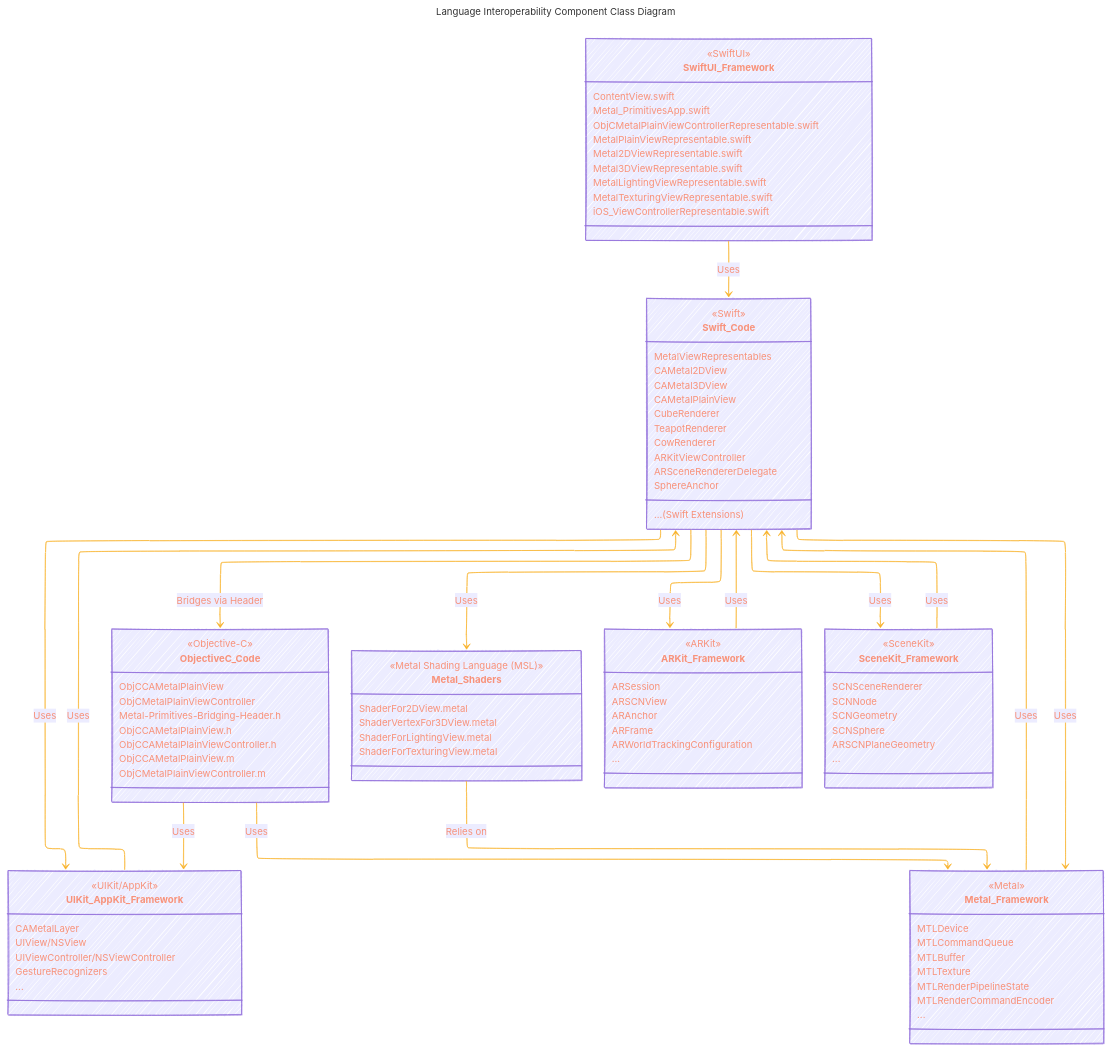
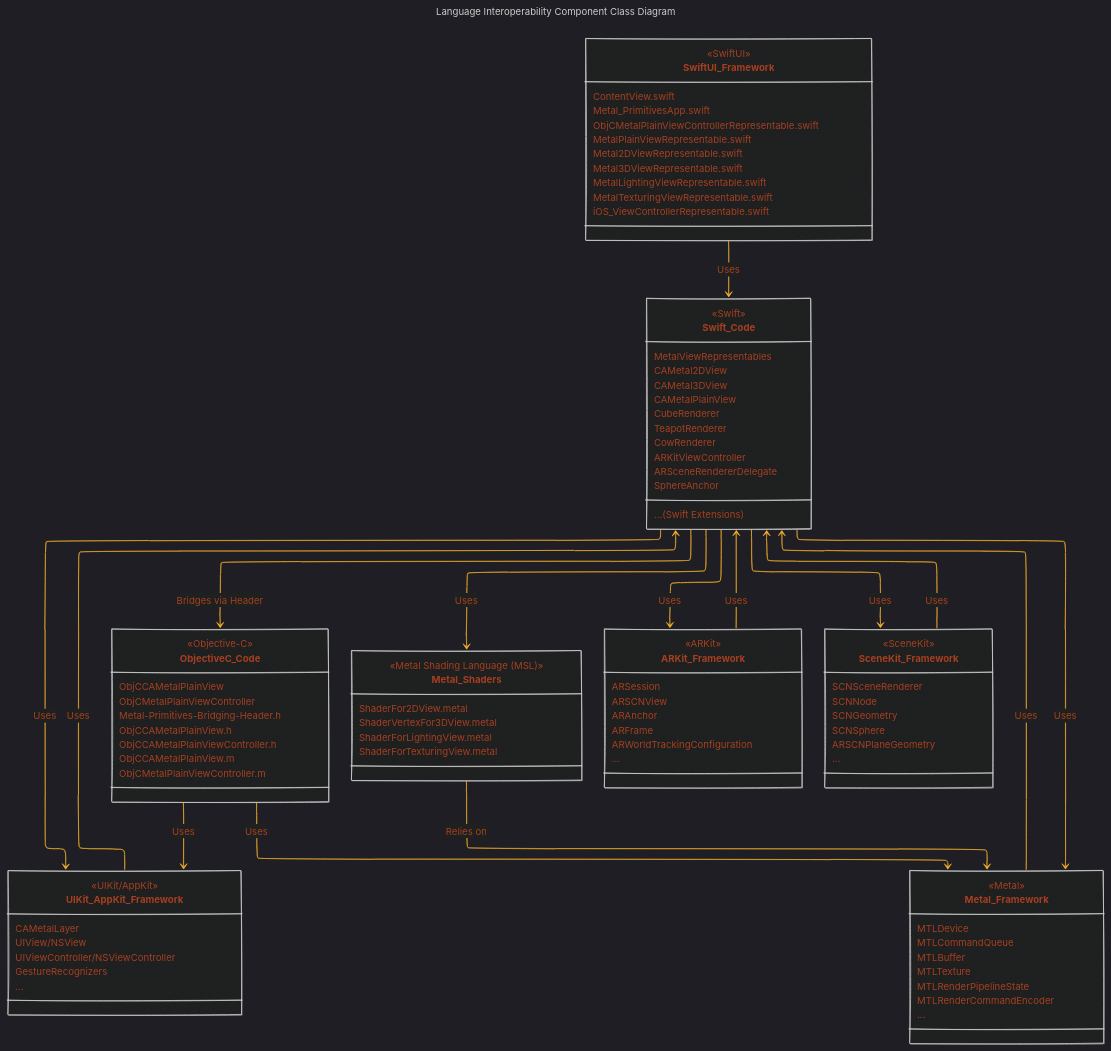
Before and after one commit to CongLeSolutionX/Metal-Primitives: the sixth of 8 diagrams in Documentation_Consolidated_Version_Draft_1.md, drawn with Mermaid. The commit also changed other lines of this file, not shown here.

```diff
--- a/Documentation_Consolidated_Version_Draft_1.md
+++ b/Documentation_Consolidated_Version_Draft_1.md
@@ -515,7 +520,7 @@
 config:
   layout: elk
   look: handDrawn
-  theme: default
+  theme: dark
 ---
 %%{
   init: {
```
